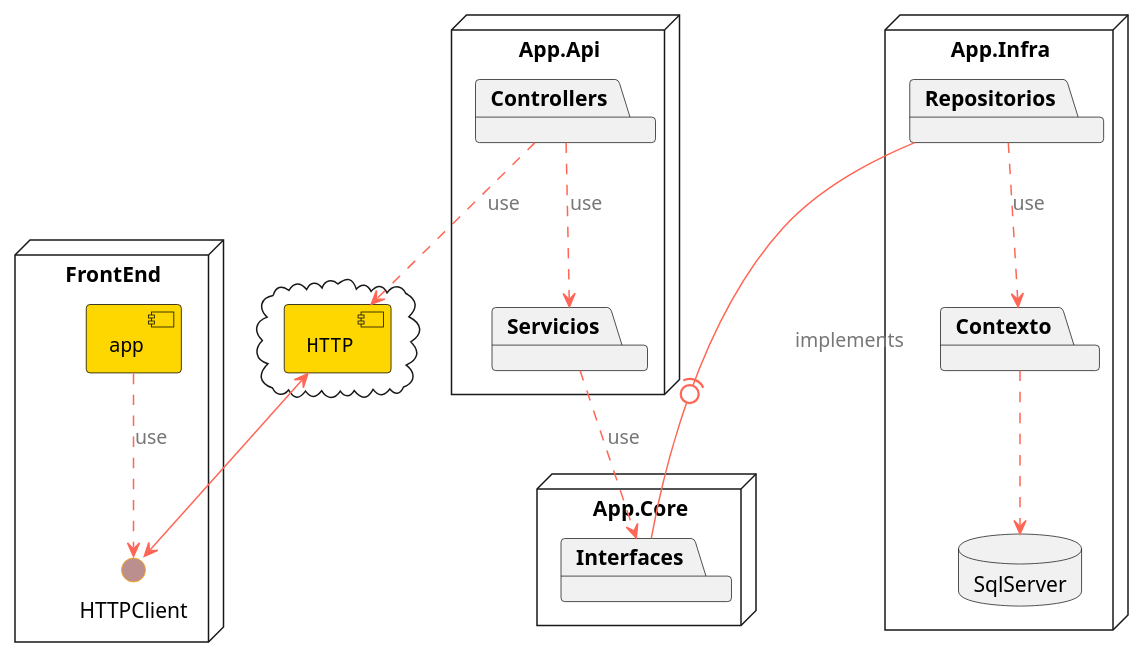
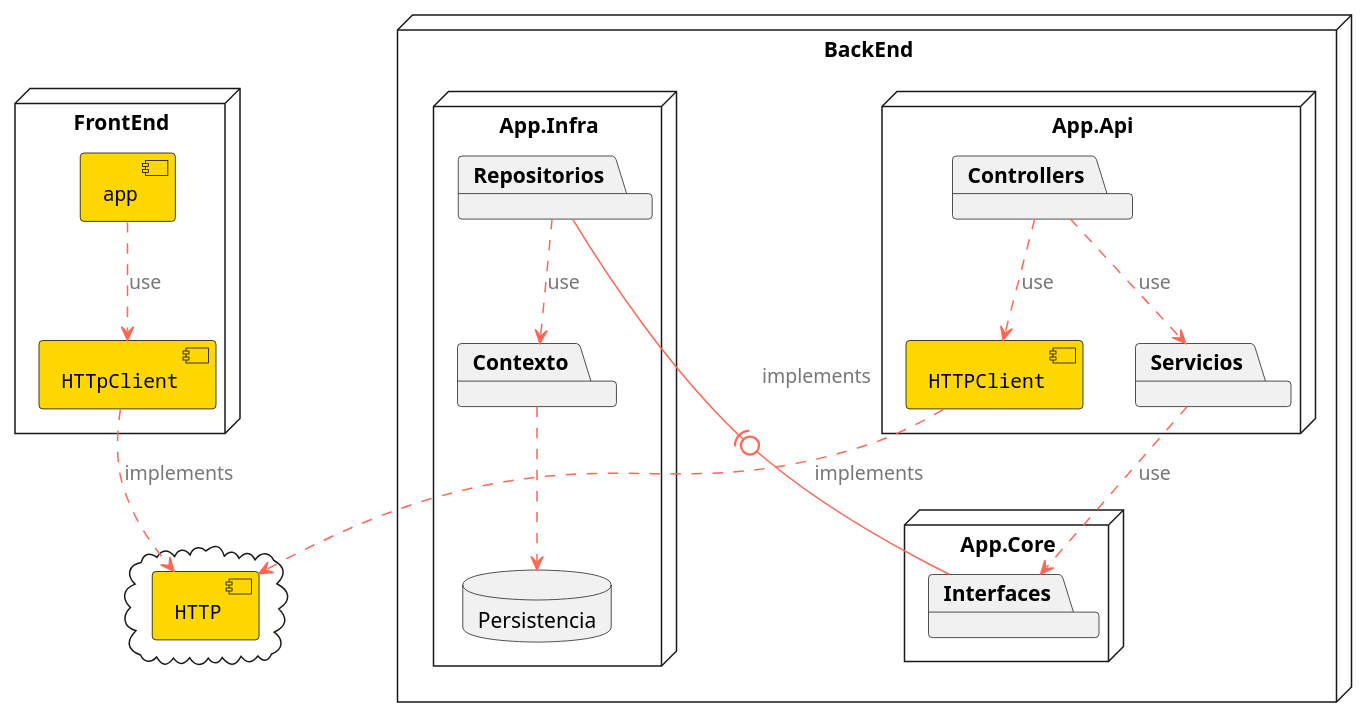
The diagram in Assets/Overview_appdemo.puml (wkrea/BlogPost-appdemo), drawn with PlantUML before and after one commit. The commit also changed 35 other files, not shown here.

Commit message:
Actualizando los diagramas UML con los últimos ajustes

```diff
--- a/Assets/Overview_appdemo.puml
+++ b/Assets/Overview_appdemo.puml
@@ -1,57 +1,60 @@
 @startuml
 
 skinparam interface {
   backgroundColor RosyBrown
   borderColor orange
 }
 
 skinparam component {
   FontSize 13
   BackgroundColor<<Apache>> Red
   BorderColor<<Apache>> #FF6655
   FontName Courier
   BorderColor black
   BackgroundColor gold
   ArrowFontName Impact
   ArrowColor #FF6655
   ArrowFontColor #777777
 }
 
+node "BackEnd"{
+
+  node "App.Api" {
+    package "Controllers"{
+    }
+    Controllers ..> Servicios : use
+    Controllers ..> [HTTPClient] : use
+  }
+
+  node "App.Core" {
+    package "Interfaces"{
+    }
+    package "Servicios"{
+    }
+    Servicios ..> Interfaces : use
+  }
+  
+  node "App.Infra" {
+    package "Contexto"{
+    }
+    package "Repositorios"{
+    }
+    Repositorios --(0- Interfaces : implements
+    Repositorios ..> Contexto : use
+    Contexto ..> Persistencia
+  }
+}
+
 node "FrontEnd" {
-  [app] ..> () HTTPClient : use
+  [app] ..> [HTTpClient] : use
 }
 
 cloud {
-  [HTTP] <--> HTTPClient
+  [HTTPClient] ..> [HTTP] : implements
+  [HTTpClient] ..> [HTTP]  : implements
 }
 
-node "App.Api" {
-  package "Controllers"{
-  }
-  Controllers ..> Servicios : use
-  Controllers ..> HTTP : use
-}
-
-node "App.Core" {
-  package "Interfaces"{
-  }
-  package "Servicios"{
-  }
-  Servicios ..> Interfaces : use
-}
-
-node "App.Infra" {
-  package "Repositorios"{
-  }
-  package "Contexto"{
-  }
-
-  Repositorios --(0- Interfaces : implements
-  Repositorios ..> Contexto : use
-  Contexto ..> SqlServer
-}
-
-database "SqlServer" {
+database "Persistencia" {
 }
 
 @enduml
```
